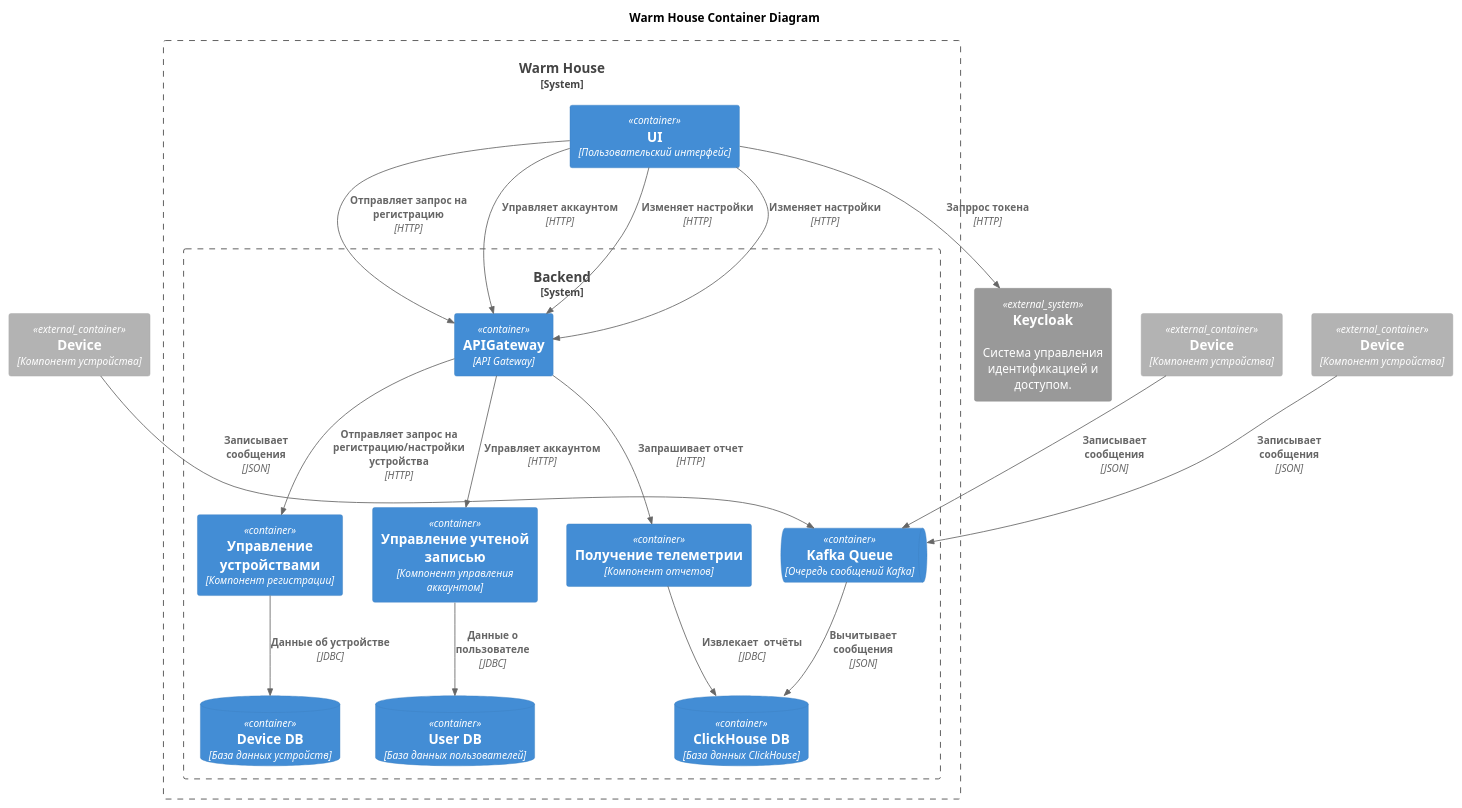
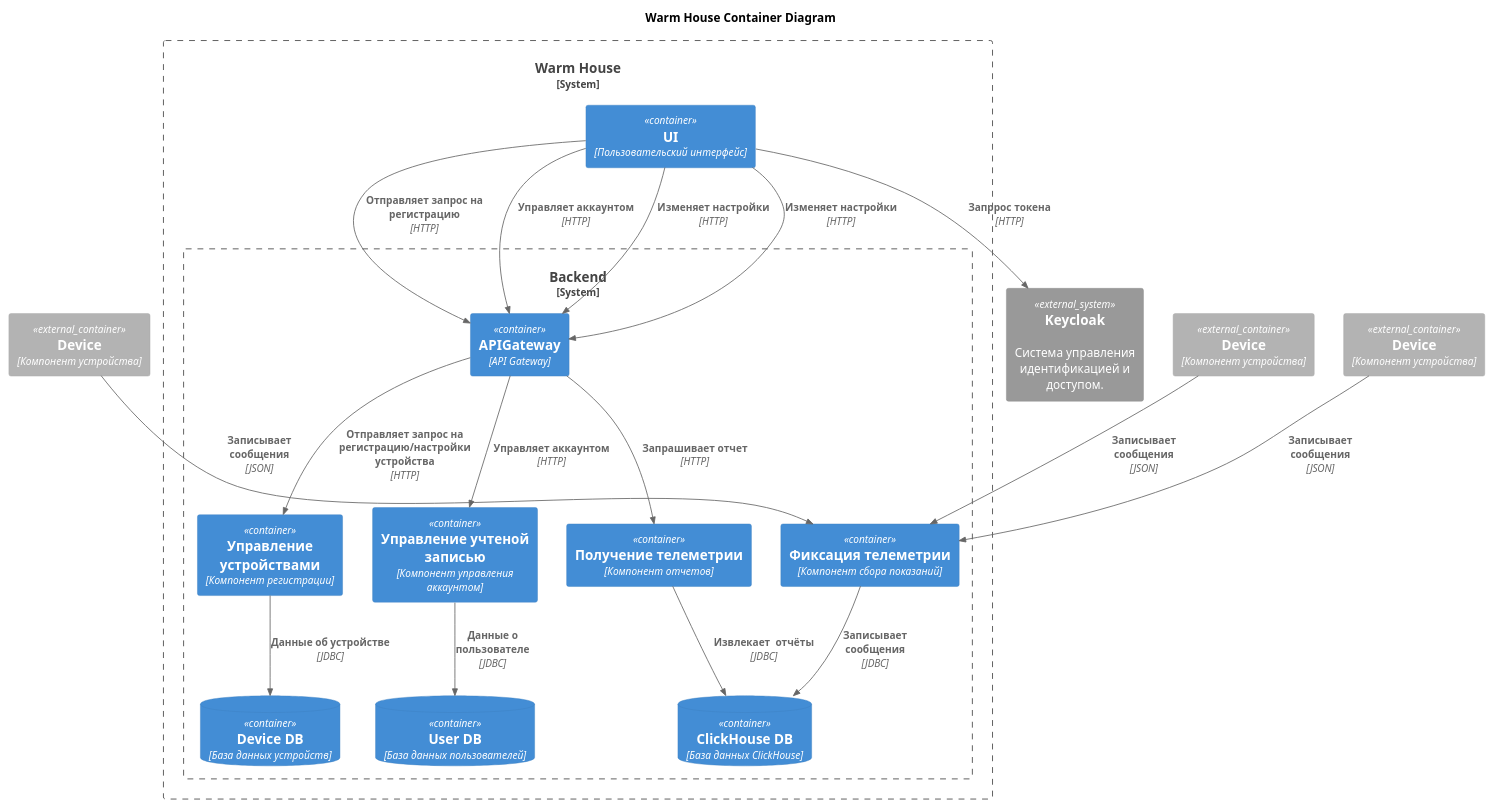
One commit to EkaterinaKl/architecture-sprint-3 changed the diagram in diagrams/C4_Container_TO_BE.puml. Above: the diagram before and after it, drawn with PlantUML. The commit also changed 5 other files, not shown here.

```diff
--- a/diagrams/C4_Container_TO_BE.puml
+++ b/diagrams/C4_Container_TO_BE.puml
@@ -1,43 +1,44 @@
 @startuml
 title Warm House Container Diagram
 
 top to bottom direction
 
 !includeurl https://raw.githubusercontent.com/RicardoNiepel/C4-PlantUML/master/C4_Container.puml
 
 Container_Ext(device1, "Device", "Компонент устройства")
 Container_Ext(device2, "Device", "Компонент устройства")
 Container_Ext(device3, "Device", "Компонент устройства")
 System_Ext(keycloak, "Keycloak", "Система управления идентификацией и доступом.")
 
 System_Boundary(c0, "Warm House") {
 Container(ui, "UI", "Пользовательский интерфейс")
 System_Boundary(c1, "Backend") {
 Container(registration, "Управление устройствами", "Компонент регистрации")
 Container(account, "Управление учтеной записью", "Компонент управления аккаунтом")
 Container(APIGateway, "APIGateway", "API Gateway")
-ContainerQueue(kafkaQueue, "Kafka Queue", "Очередь сообщений Kafka")
 Container(reportComponent, "Получение телеметрии", "Компонент отчетов")
 ContainerDb(clickhouseDB, "ClickHouse DB", "База данных ClickHouse")
 ContainerDb(userDB, "User DB", "База данных пользователей")
 ContainerDb(deviceDB, "Device DB", "База данных устройств")
+Container(recordComponent, "Фиксация телеметрии", "Компонент сбора показаний")
 }
 }
 
 Rel(ui, APIGateway, "Отправляет запрос на регистрацию", "HTTP")
 Rel(ui, APIGateway, "Управляет аккаунтом", "HTTP")
 Rel(ui, APIGateway, "Изменяет настройки", "HTTP")
 Rel(ui, APIGateway, "Изменяет настройки", "HTTP")
 Rel(ui, keycloak, "Запррос токена", "HTTP")
+
+Rel(recordComponent, clickhouseDB,"Записывает сообщения", "JDBC")
 Rel(APIGateway, registration, "Отправляет запрос на регистрацию/настройки устройства", "HTTP")
 Rel(APIGateway, account, "Управляет аккаунтом", "HTTP")
 Rel(APIGateway, reportComponent, "Запрашивает отчет", "HTTP")
 Rel(registration, deviceDB, "Данные об устройстве", "JDBC")
 Rel(account, userDB, "Данные о пользователе", "JDBC")
 Rel(reportComponent, clickhouseDB, "Извлекает  отчёты", "JDBC")
-Rel(device1, kafkaQueue, "Записывает сообщения", "JSON")
-Rel(device2, kafkaQueue, "Записывает сообщения", "JSON")
-Rel(device3, kafkaQueue, "Записывает сообщения", "JSON")
-Rel(kafkaQueue, clickhouseDB, "Вычитывает сообщения", "JSON")
+Rel(device1, recordComponent, "Записывает сообщения", "JSON")
+Rel(device2, recordComponent, "Записывает сообщения", "JSON")
+Rel(device3, recordComponent, "Записывает сообщения", "JSON")
 
 @enduml
```
